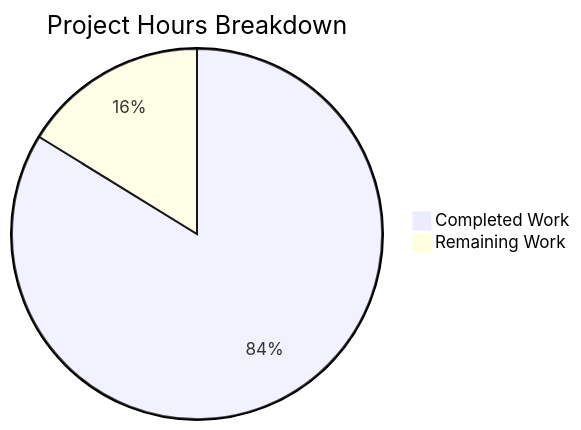
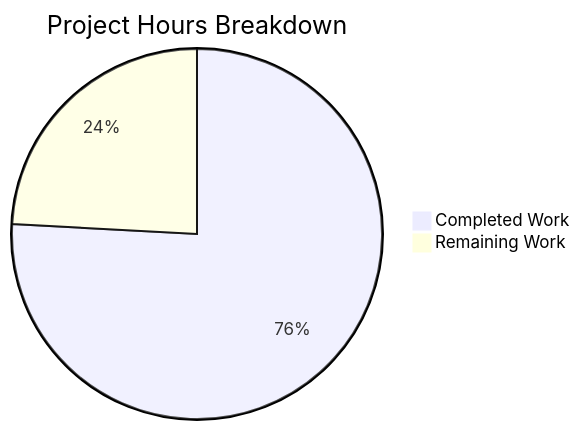
The diagram in blitzy/documentation/Project Guide.md (hardik-blitzy/react-weather-app), drawn with Mermaid before and after one commit. The commit also changed other lines of this file, not shown here.

Commit message:
Adding Blitzy Project Guide: Project Status and Human Tasks Remaining

````diff
--- a/blitzy/documentation/Project Guide.md
+++ b/blitzy/documentation/Project Guide.md
@@ -91,5 +77,5 @@
 ```mermaid
 pie title Project Hours Breakdown
-    "Completed Work" : 31
-    "Remaining Work" : 6
+    "Completed Work" : 22
+    "Remaining Work" : 7
 ```
````
